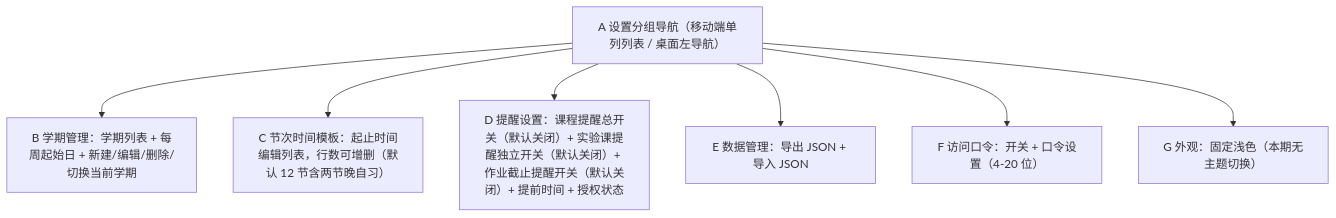
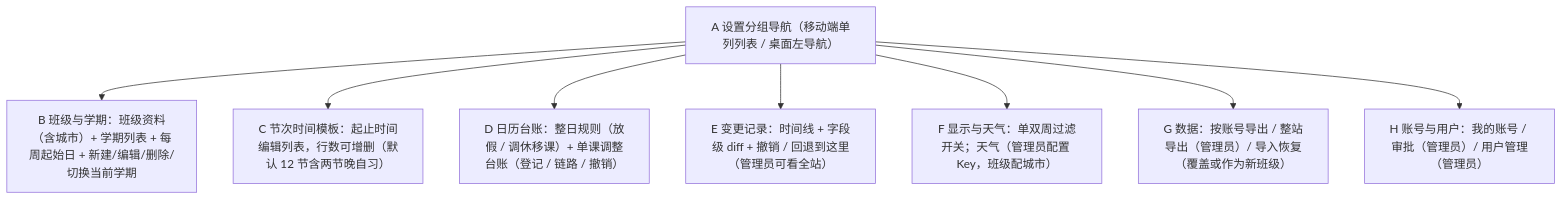
The sixth of 7 diagrams in docs/04-UI设计文档.md (0sour/ClassBoard), drawn with Mermaid before and after one commit. The commit also changed other lines of this file and 14 other files, not shown here.

````diff
--- a/docs/04-UI设计文档.md
+++ b/docs/04-UI设计文档.md
@@ -278,16 +278,18 @@
 ```mermaid
 graph TD
     A["A 设置分组导航（移动端单列列表 / 桌面左导航）"]
-    B["B 学期管理：学期列表 + 每周起始日 + 新建/编辑/删除/切换当前学期"]
+    B["B 班级与学期：班级资料（含城市）+ 学期列表 + 每周起始日 + 新建/编辑/删除/切换当前学期"]
     C["C 节次时间模板：起止时间编辑列表，行数可增删（默认 12 节含两节晚自习）"]
-    D["D 提醒设置：课程提醒总开关（默认关闭）+ 实验课提醒独立开关（默认关闭）+ 作业截止提醒开关（默认关闭）+ 提前时间 + 授权状态"]
-    E["E 数据管理：导出 JSON + 导入 JSON"]
-    F["F 访问口令：开关 + 口令设置（4-20 位）"]
-    G["G 外观：固定浅色（本期无主题切换）"]
+    D["D 日历台账：整日规则（放假 / 调休移课）+ 单课调整台账（登记 / 链路 / 撤销）"]
+    E["E 变更记录：时间线 + 字段级 diff + 撤销 / 回退到这里（管理员可看全站）"]
+    F["F 显示与天气：单双周过滤开关；天气（管理员配置 Key，班级配城市）"]
+    G["G 数据：按账号导出 / 整站导出（管理员）/ 导入恢复（覆盖或作为新班级）"]
+    H["H 账号与用户：我的账号 / 审批（管理员）/ 用户管理（管理员）"]
     A --> B
     A --> C
     A --> D
     A --> E
     A --> F
     A --> G
+    A --> H
 ```
````
